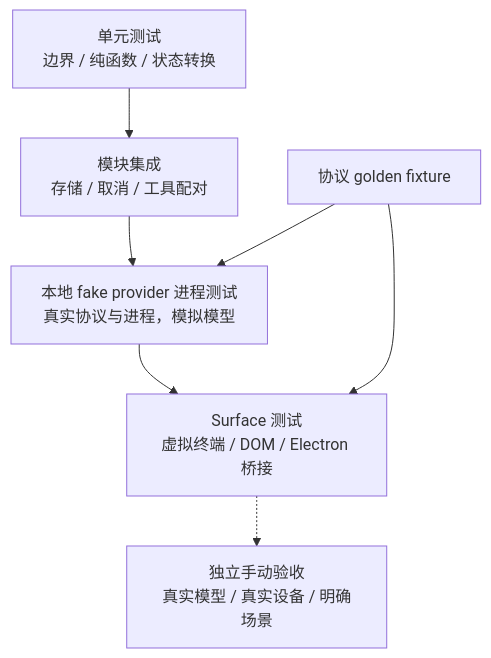
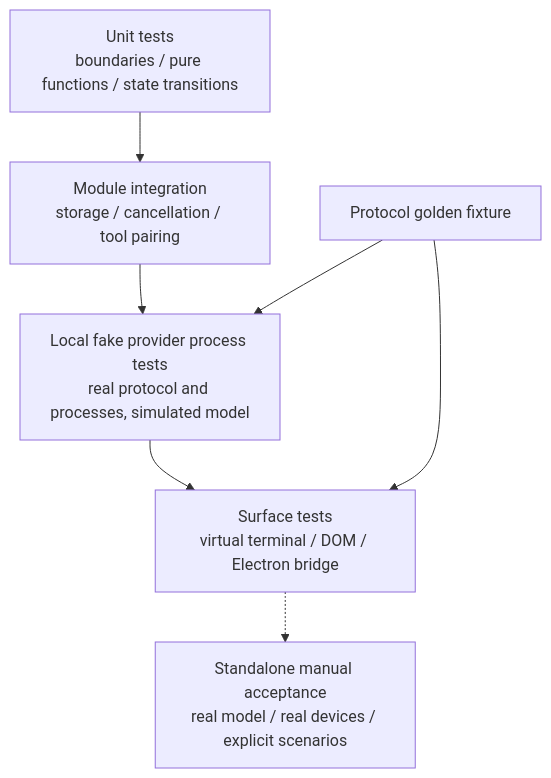
Before and after one commit to Azzurroooo/rind: the diagram in docs/internals/08-engineering/verification.md, drawn with Mermaid. The commit also changed other lines of this file and 109 other files, not shown here.

```diff
--- a/docs/internals/08-engineering/verification.md
+++ b/docs/internals/08-engineering/verification.md
@@ -5,9 +7,9 @@
 ~~~mermaid
 flowchart TD
-    U["单元测试<br/>边界 / 纯函数 / 状态转换"] --> I["模块集成<br/>存储 / 取消 / 工具配对"]
-    I --> P["本地 fake provider 进程测试<br/>真实协议与进程，模拟模型"]
-    P --> S["Surface 测试<br/>虚拟终端 / DOM / Electron 桥接"]
-    S -.-> A["独立手动验收<br/>真实模型 / 真实设备 / 明确场景"]
-    G["协议 golden fixture"] --> P
+    U["Unit tests<br/>boundaries / pure functions / state transitions"] --> I["Module integration<br/>storage / cancellation / tool pairing"]
+    I --> P["Local fake provider process tests<br/>real protocol and processes, simulated model"]
+    P --> S["Surface tests<br/>virtual terminal / DOM / Electron bridge"]
+    S -.-> A["Standalone manual acceptance<br/>real model / real devices / explicit scenarios"]
+    G["Protocol golden fixture"] --> P
     G --> S
 ~~~
```
